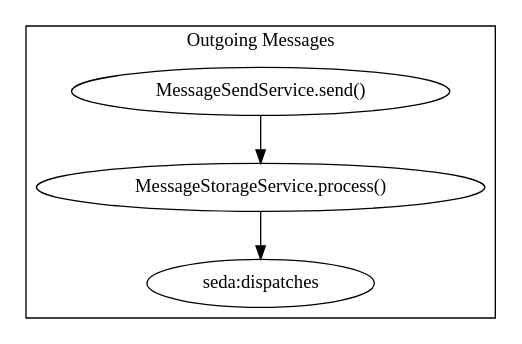
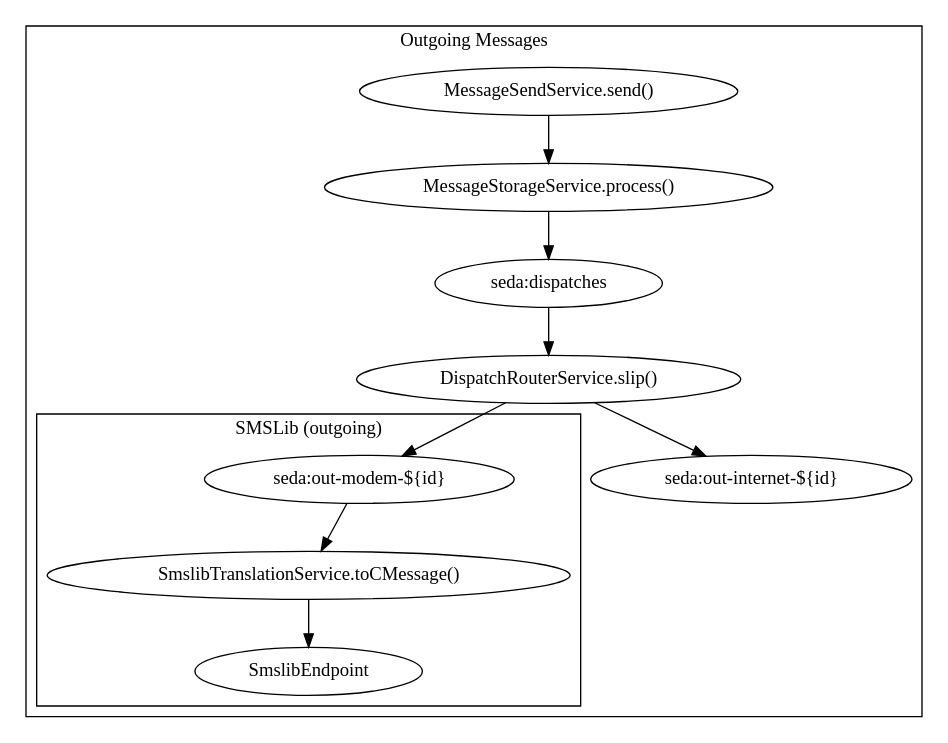
One commit to frontlinesms/frontlinesms2 changed the diagram in plugins/frontlinesms-core/asdf/routes.dot. Above: the diagram before and after it, drawn with Graphviz.

Commit message:
Added smslib-out route data.

```diff
--- a/plugins/frontlinesms-core/asdf/routes.dot
+++ b/plugins/frontlinesms-core/asdf/routes.dot
@@ -1,10 +1,24 @@
 digraph {
 	subgraph cluster_outgoing {
 		label="Outgoing Messages"
 		a[label="MessageSendService.send()"]
 		b[label="MessageStorageService.process()"]
 		c[label="seda:dispatches"]
+		router[label="DispatchRouterService.slip()"]
+		modem_out[label="seda:out-modem-${id}"]
+		e[label="seda:out-internet-${id}"]
+		subgraph cluster_smslib {
+			label="SMSLib (outgoing)"
+			modem_out
+			smslib_translate[label="SmslibTranslationService.toCMessage()"]
+			smslib_endpoint[label="SmslibEndpoint"]
+			modem_out -> smslib_translate
+			smslib_translate -> smslib_endpoint
+		}
+		a -> b
+		b -> c
+		c -> router
+		router -> modem_out
+		router -> e
 	}
-	a -> b
-	b -> c
 }
```
